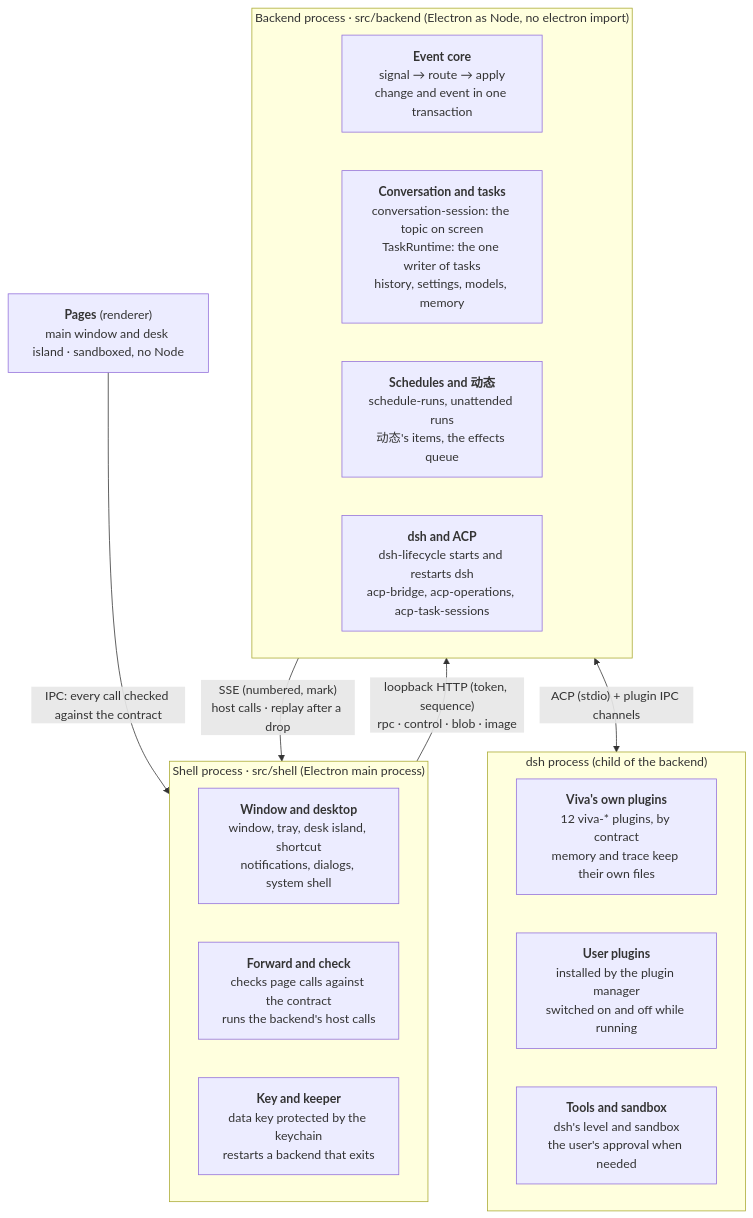
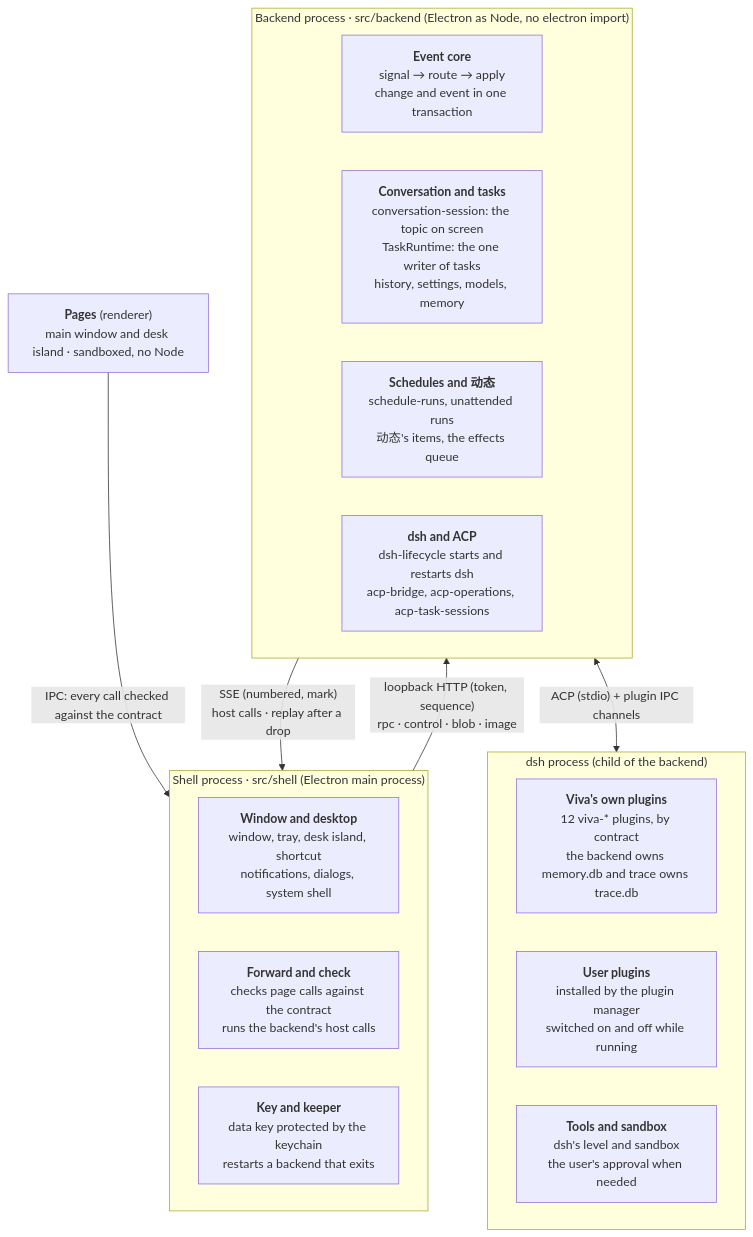
The diagram in docs/system-design.md (JNS0724/Viva), drawn with Mermaid before and after one commit. The commit also changed other lines of this file and 200 other files, not shown here.

````diff
--- a/docs/system-design.md
+++ b/docs/system-design.md
@@ -24,24 +24,24 @@
 ```mermaid
 flowchart TB
   pages["<b>Pages</b> (renderer)<br/>main window and desk island · sandboxed, no Node"]
   subgraph shell["Shell process · src/shell (Electron main process)"]
     s1["<b>Window and desktop</b><br/>window, tray, desk island, shortcut<br/>notifications, dialogs, system shell"]
     s2["<b>Forward and check</b><br/>checks page calls against the contract<br/>runs the backend's host calls"]
     s3["<b>Key and keeper</b><br/>data key protected by the keychain<br/>restarts a backend that exits"]
   end
   subgraph backend["Backend process · src/backend (Electron as Node, no electron import)"]
     b1["<b>Event core</b><br/>signal → route → apply<br/>change and event in one transaction"]
     b2["<b>Conversation and tasks</b><br/>conversation-session: the topic on screen<br/>TaskRuntime: the one writer of tasks<br/>history, settings, models, memory"]
     b3["<b>Schedules and 动态</b><br/>schedule-runs, unattended runs<br/>动态's items, the effects queue"]
     b4["<b>dsh and ACP</b><br/>dsh-lifecycle starts and restarts dsh<br/>acp-bridge, acp-operations, acp-task-sessions"]
   end
   subgraph dsh["dsh process (child of the backend)"]
-    d1["<b>Viva's own plugins</b><br/>12 viva-* plugins, by contract<br/>memory and trace keep their own files"]
+    d1["<b>Viva's own plugins</b><br/>12 viva-* plugins, by contract<br/>the backend owns memory.db and trace owns trace.db"]
     d2["<b>User plugins</b><br/>installed by the plugin manager<br/>switched on and off while running"]
     d3["<b>Tools and sandbox</b><br/>dsh's level and sandbox<br/>the user's approval when needed"]
   end
   pages -- "IPC: every call checked against the contract" --> shell
   shell -- "loopback HTTP (token, sequence)<br/>rpc · control · blob · image" --> backend
   backend -- "SSE (numbered, mark)<br/>host calls · replay after a drop" --> shell
   backend <-->|"ACP (stdio) + plugin IPC channels"| dsh
 ```
````
